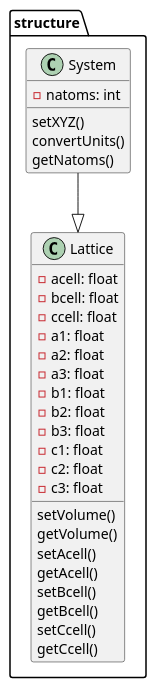
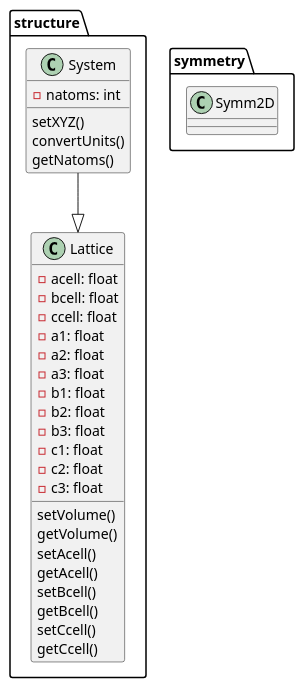
One commit to flavianowilliams/M3L changed the diagram in docs/phase_diagram.puml. Above: the diagram before and after it, drawn with PlantUML. The commit also changed 44 other files, not shown here.

```diff
--- a/docs/phase_diagram.puml
+++ b/docs/phase_diagram.puml
@@ -1,33 +1,38 @@
 @startuml M3L
 package structure{
     class Lattice{
         -acell: float
         -bcell: float
         -ccell: float
         -a1: float
         -a2: float
         -a3: float
         -b1: float
         -b2: float
         -b3: float
         -c1: float
         -c2: float
         -c3: float
         setVolume()
         getVolume()
         setAcell()
         getAcell()
         setBcell()
         getBcell()
         setCcell()
         getCcell()
     }
     class System{
         -natoms: int
         setXYZ()
         convertUnits()
         getNatoms()
     }
     System --|> Lattice
 }
+package symmetry{
+    class Symm2D{
+        
+    }
+}
 @enduml
```
